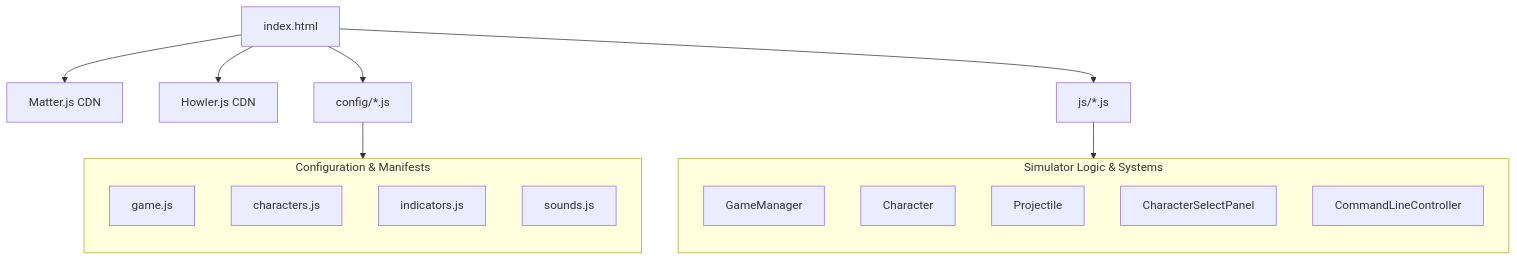
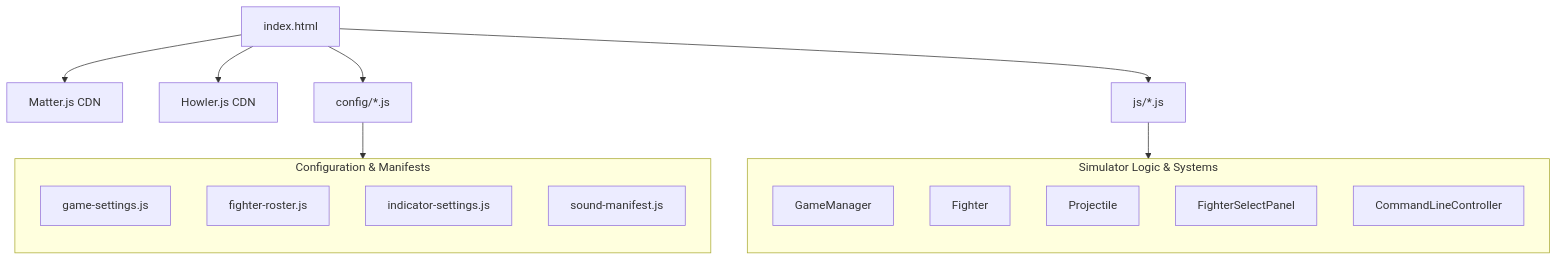
One commit to noxuszx/duels2d changed the diagram in docs/current-architecture.md. Above: the diagram before and after it, drawn with Mermaid. The commit also changed other lines of this file and 43 other files, not shown here.

````diff
--- a/docs/current-architecture.md
+++ b/docs/current-architecture.md
@@ -11,26 +13,26 @@
 ```mermaid
 graph TD
     index[index.html] --> Matter[Matter.js CDN]
     index --> Howler[Howler.js CDN]
     index --> Configs[config/*.js]
     index --> JS[js/*.js]
     
     subgraph config [Configuration & Manifests]
         direction TB
-        game_cfg[game.js]
-        char_cfg[characters.js]
-        ind_cfg[indicators.js]
-        sounds_cfg[sounds.js]
+        game_cfg[game-settings.js]
+        char_cfg[fighter-roster.js]
+        ind_cfg[indicator-settings.js]
+        sounds_cfg[sound-manifest.js]
     end
     Configs --> config
     
     subgraph js [Simulator Logic & Systems]
         direction TB
         GM[GameManager]
-        C[Character]
+        C[Fighter]
         P[Projectile]
-        CS[CharacterSelectPanel]
+        CS[FighterSelectPanel]
         CL[CommandLineController]
     end
     JS --> js
 ```
````
